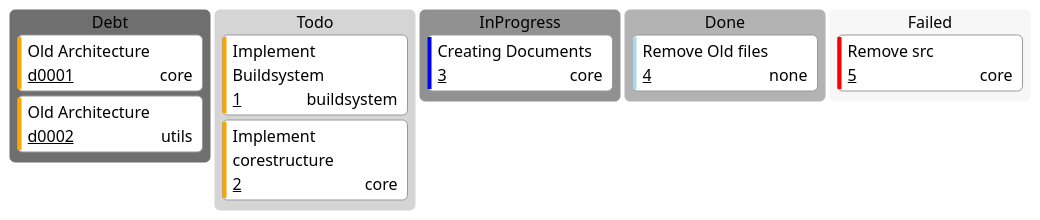
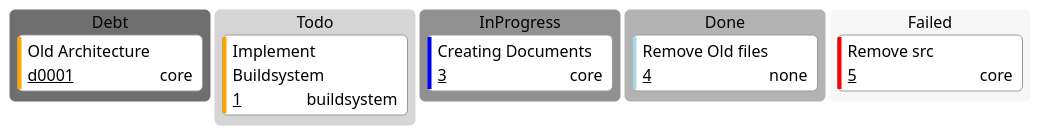
The second of 2 diagrams in README.md (MaximilianMayr94/skills), drawn with Mermaid (neutral theme) before and after one commit. The commit also changed other lines of this file and 29 other files, not shown here.

````diff
--- a/README.md
+++ b/README.md
@@ -68,21 +78,18 @@
 ```mermaid
 ---
 config:
   kanban:
     ticketBaseUrl: 'https://mermaidchart.atlassian.net/browse/#TICKET#'
 ---
 kanban
   Debt
     a[Old Architecture]@{ ticket: d0001, assigned: 'core', priority: 'High' }
-    a[Old Architecture]@{ ticket: d0002, assigned: 'utils', priority: 'High' }
   Todo
     a[Implement Buildsystem]@{ ticket: 0001, assigned: 'buildsystem', priority: 'High' }
-    a[Implement corestructure]@{ ticket: 0002, assigned: 'core', priority: 'High' }
   InProgress
     a[Creating Documents]@{ ticket: 0003, assigned: 'core', priority: 'Low' }
   Done
     a[Remove Old files]@{ ticket: 0004, assigned: 'none', priority: 'Very Low' }
   Failed
     a[Remove src]@{ ticket: 0005, assigned: 'core', priority: 'Very High' }
-
 ```
````
